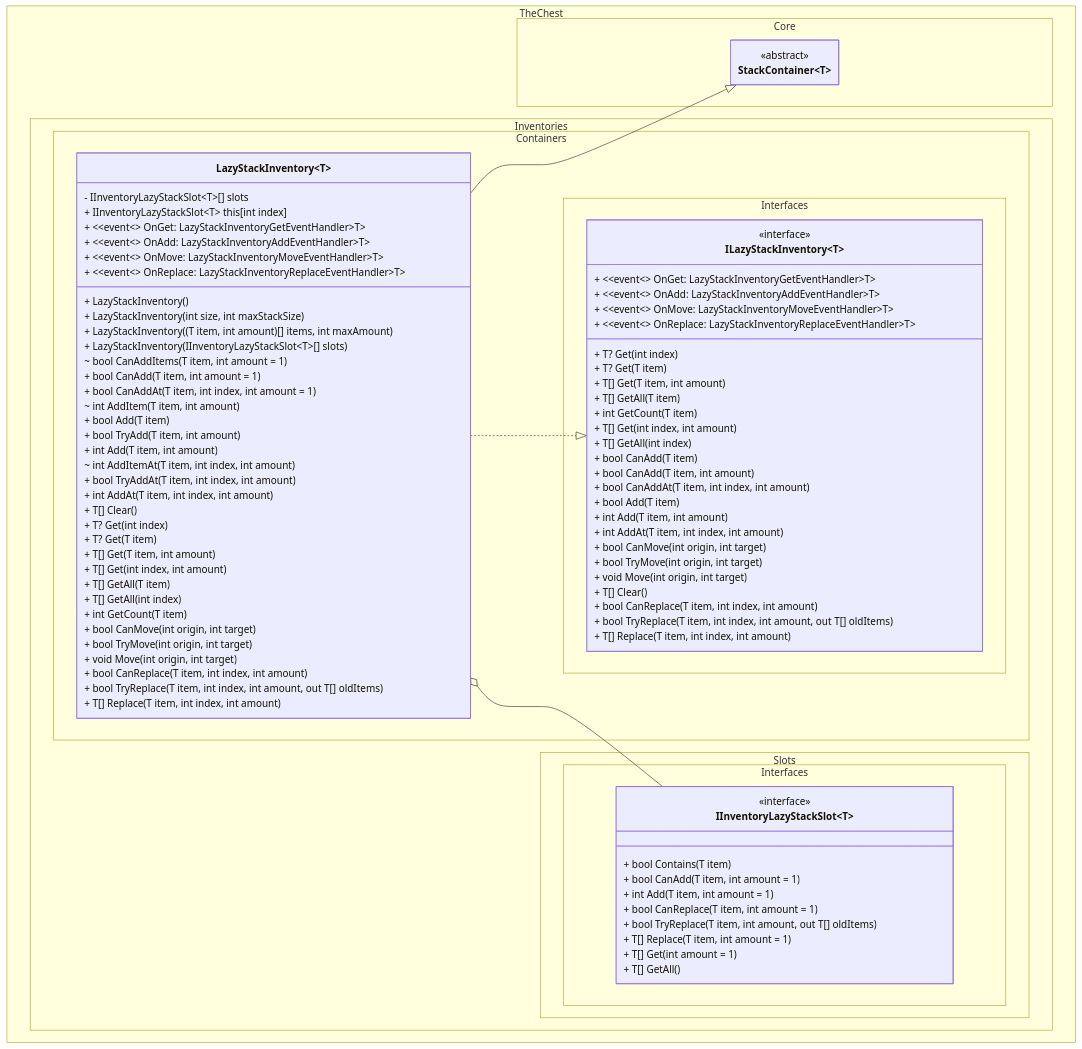
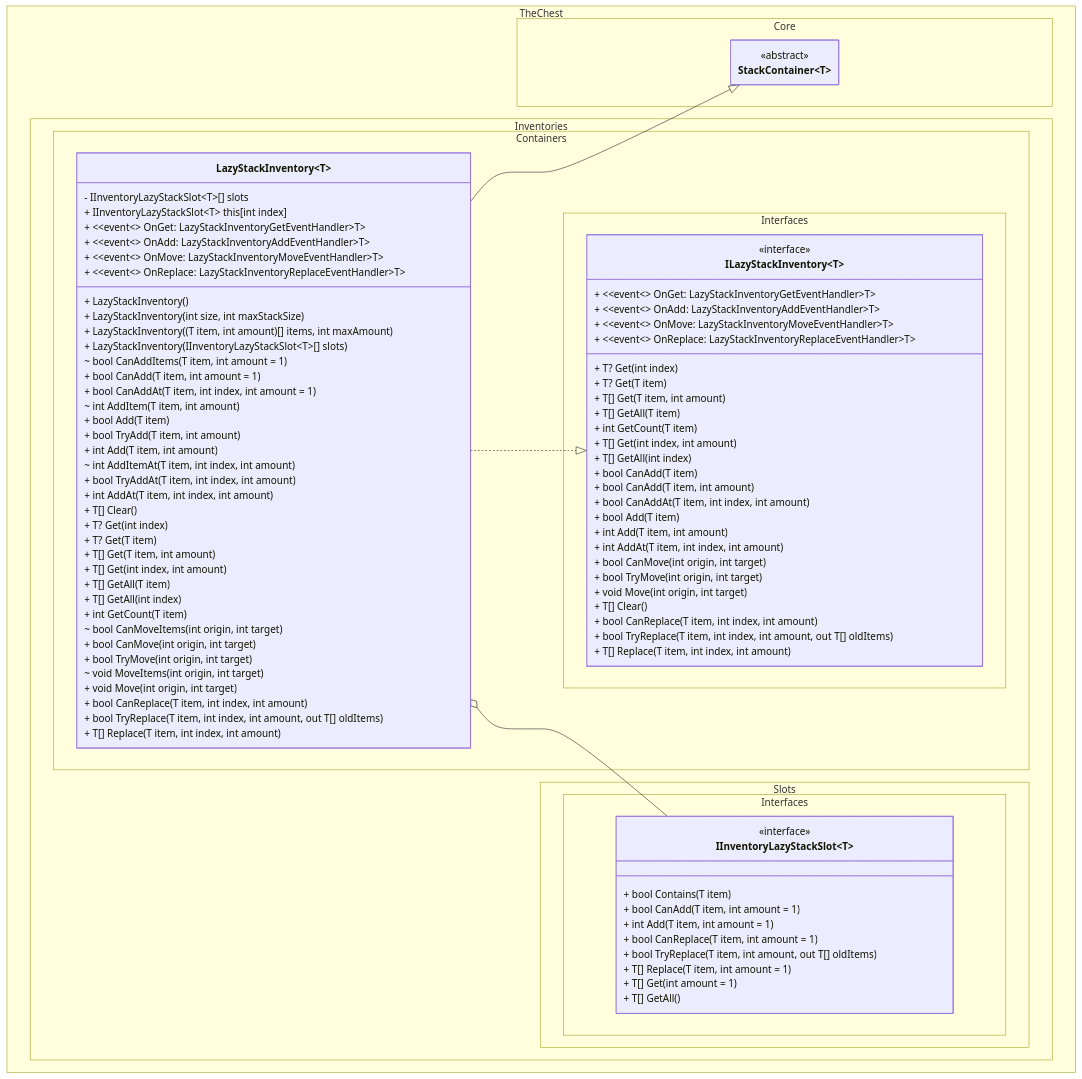
The first of 2 diagrams in docs/lazy_stack_inventory/class_diagram.md (The-Chest/TheChest.Inventories), drawn with Mermaid before and after one commit. The commit also changed 21 other files, not shown here.

```diff
--- a/docs/lazy_stack_inventory/class_diagram.md
+++ b/docs/lazy_stack_inventory/class_diagram.md
@@ -57,8 +57,11 @@
 
         + int GetCount(T item)
 
+        ~ bool CanMoveItems(int origin, int target)
         + bool CanMove(int origin, int target)
         + bool TryMove(int origin, int target)
+        
+        ~ void MoveItems(int origin, int target)
         + void Move(int origin, int target)
 
         + bool CanReplace(T item, int index, int amount)
```
